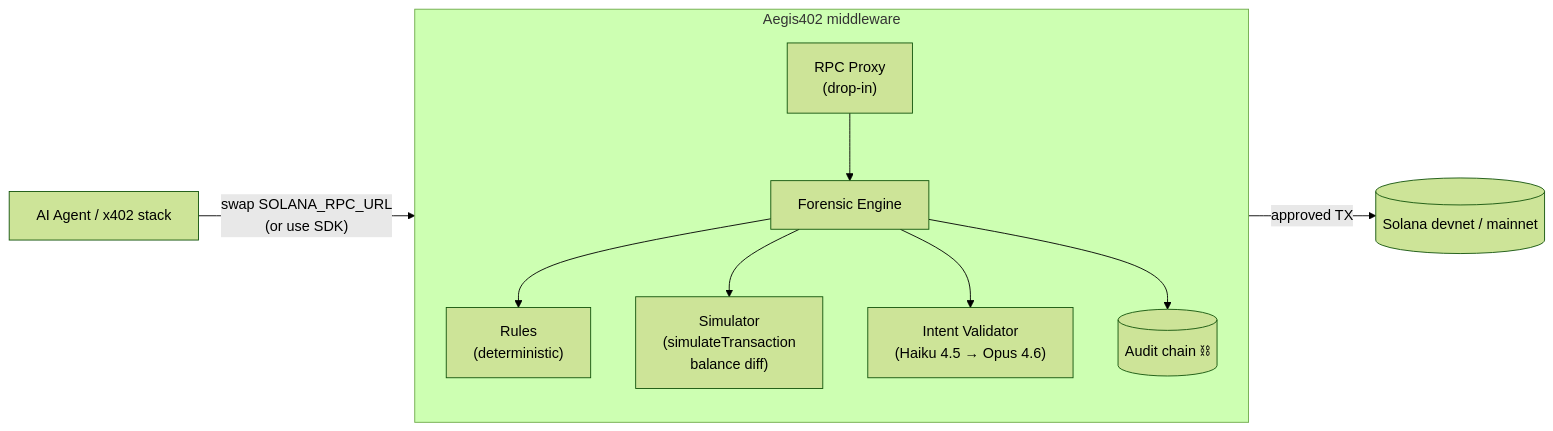
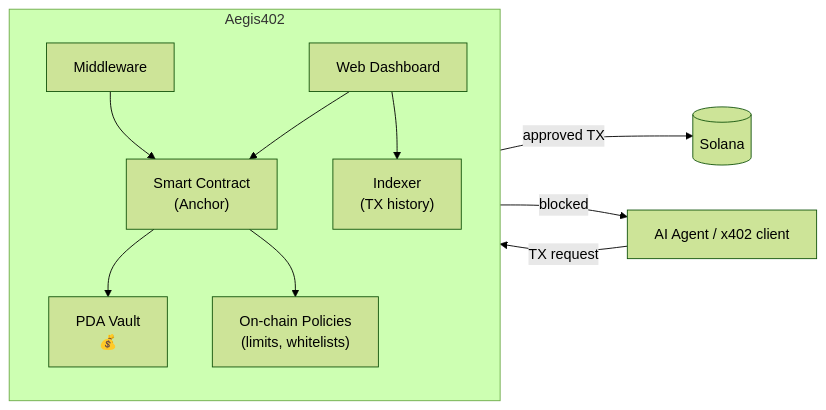
One commit to mvcavalheirojr/aegis402 changed the diagram in README.md. Above: the diagram before and after it, drawn with Mermaid (forest theme). The commit also changed other lines of this file and 5 other files, not shown here.

First line of the commit message:
docs: pivot architecture to on-chain PDA vaults with Anchor

````diff
--- a/README.md
+++ b/README.md
@@ -54,13 +57,14 @@
 ```mermaid
 flowchart LR
-    A["AI Agent / x402 stack"] -->|"swap SOLANA_RPC_URL<br/>(or use SDK)"| P
-    subgraph AEGIS["Aegis402 middleware"]
+    A["AI Agent / x402 client"] -->|"TX request"| M
+    subgraph AEGIS["Aegis402"]
         direction TB
-        P["RPC Proxy<br/>(drop-in)"] --> E["Forensic Engine"]
-        E --> R["Rules<br/>(deterministic)"]
-        E --> S["Simulator<br/>(simulateTransaction<br/>balance diff)"]
-        E --> I["Intent Validator<br/>(Haiku 4.5 → Opus 4.6)"]
-        E --> AU[("Audit chain ⛓")]
+        M["Middleware"] --> SC["Smart Contract\n(Anchor)"]
+        SC --> V["PDA Vault\n💰"]
+        SC --> P["On-chain Policies\n(limits, whitelists)"]
+        D["Web Dashboard"] --> SC
+        D --> IDX["Indexer\n(TX history)"]
     end
-    P -->|"approved TX"| SOL[("Solana devnet / mainnet")]
+    SC -->|"approved TX"| SOL[("Solana")]
+    SC -->|"blocked"| A
 ```
````
